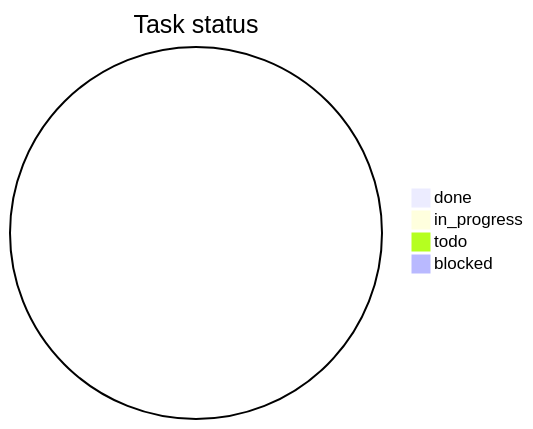
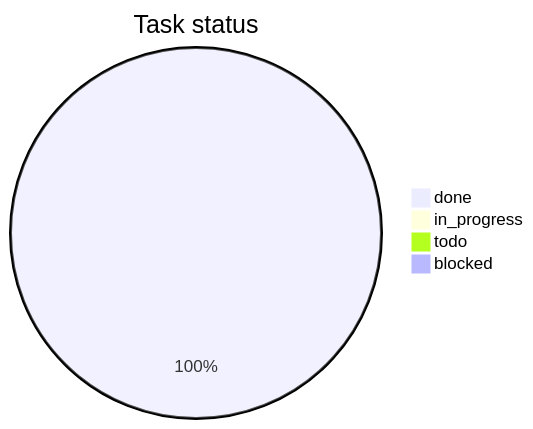
Before and after one commit to 2tsoftwareapp/super-template: the first of 2 diagrams in .agents/sessions/Task-3-Task-2-feature-06-notifications/OVERVIEW.md, drawn with Mermaid. The commit also changed other lines of this file and 33 other files, not shown here.

````diff
--- a/.agents/sessions/Task-3-Task-2-feature-06-notifications/OVERVIEW.md
+++ b/.agents/sessions/Task-3-Task-2-feature-06-notifications/OVERVIEW.md
@@ -19,7 +19,7 @@
 ```mermaid
 pie title Task status
-  "done" : 0
+  "done" : 13
   "in_progress" : 0
   "todo" : 0
   "blocked" : 0
 ```
````
